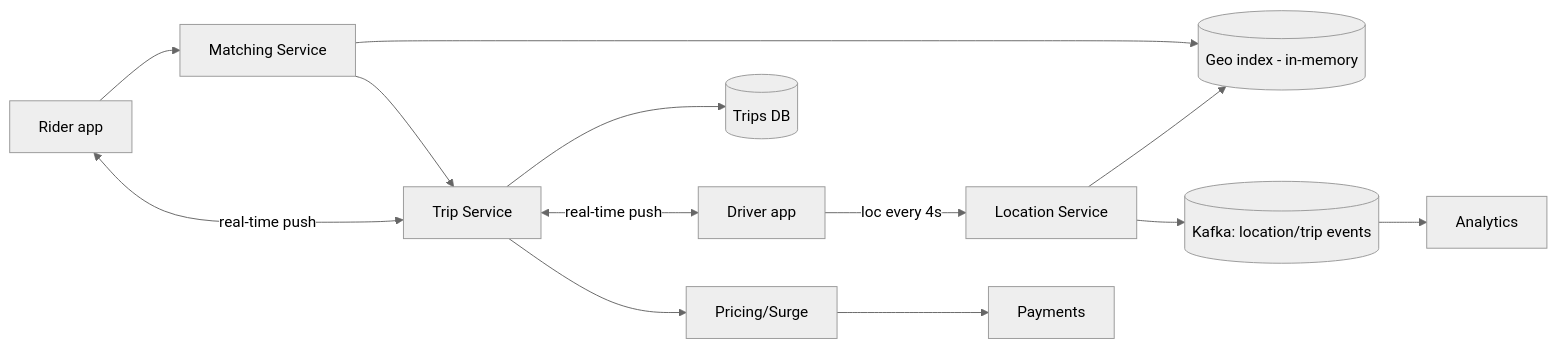
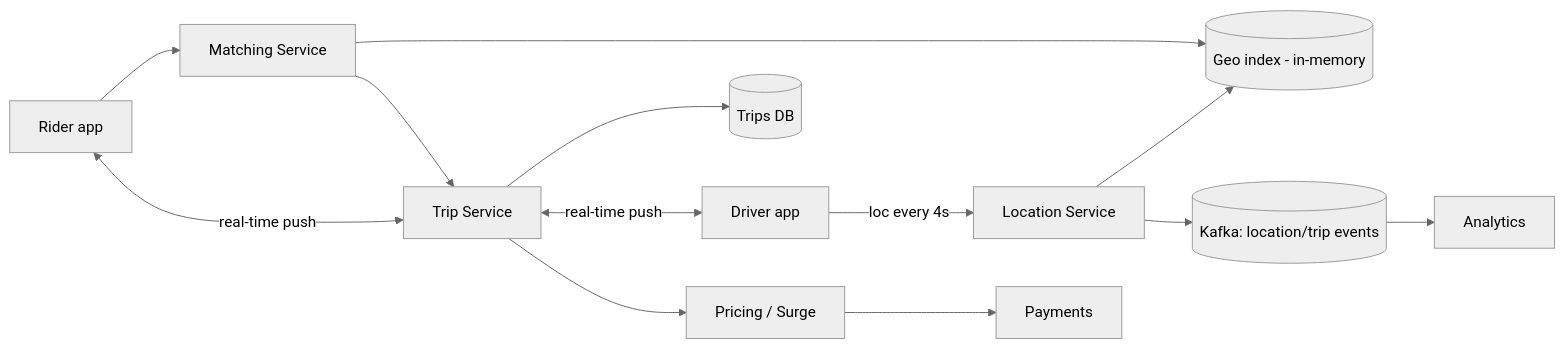
One commit to hiepgithub2001/swedocs changed the first of 2 diagrams in system-design/2-case-studies/ride-sharing.md. Above: the diagram before and after it, drawn with Mermaid (neutral theme). The commit also changed other lines of this file and 3 other files, not shown here.

````diff
--- a/system-design/2-case-studies/ride-sharing.md
+++ b/system-design/2-case-studies/ride-sharing.md
@@ -31,11 +44,11 @@
 ```mermaid
 flowchart LR
     D[Driver app] -->|loc every 4s| LS[Location Service] --> Geo[(Geo index - in-memory)]
     R[Rider app] --> MS[Matching Service]
     MS --> Geo
     MS --> TS[Trip Service] --> TDB[(Trips DB)]
     TS <-->|real-time push| D
     TS <-->|real-time push| R
-    TS --> Pricing[Pricing/Surge] --> Pay[Payments]
+    TS --> Pricing[Pricing / Surge] --> Pay[Payments]
     LS --> Kafka[(Kafka: location/trip events)] --> Analytics
 ```
````
